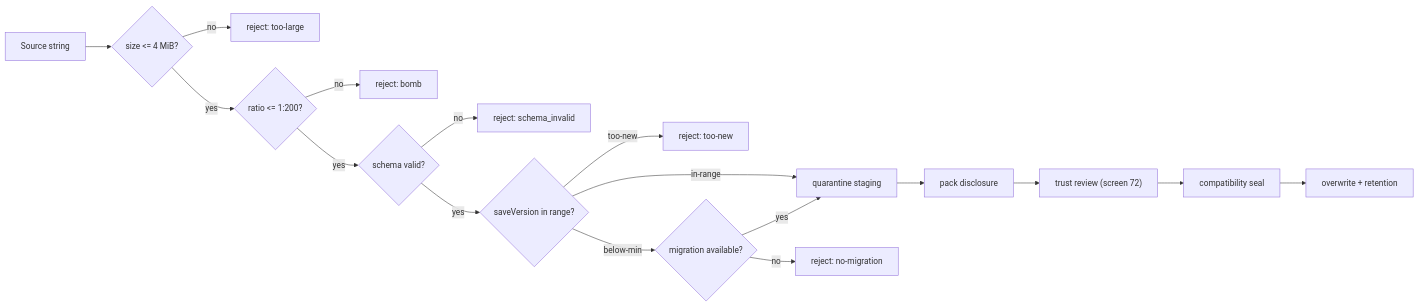
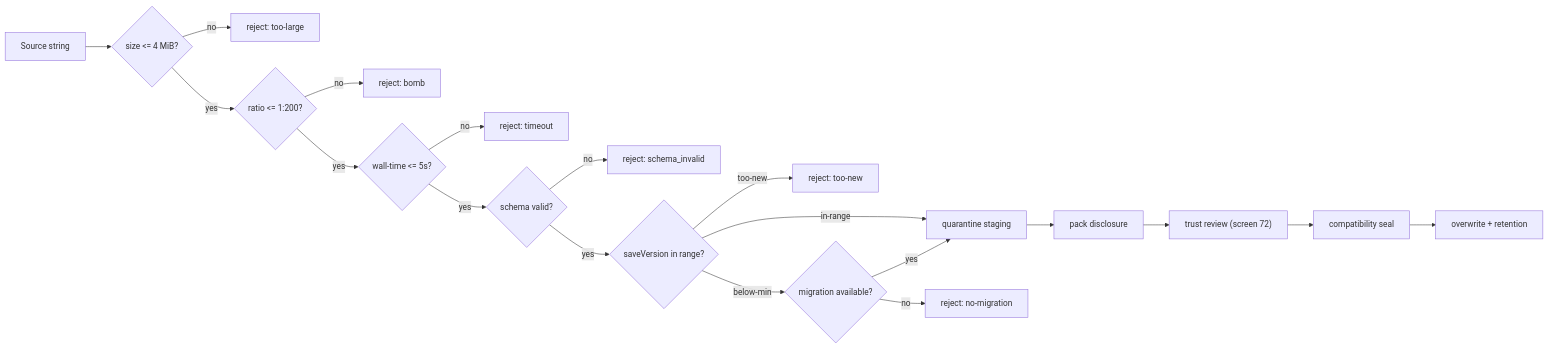
One commit to SunaNoOshiro/Heroes_Reforged_AI_Realms changed the second of 3 diagrams in docs/architecture/wiki/screens/70-save-import/architecture.md. Above: the diagram before and after it, drawn with Mermaid. The commit also changed other lines of this file and 518 other files, not shown here.

First line of the commit message:
Add doc-audit skill and sweep architecture/screen docs

````diff
--- a/docs/architecture/wiki/screens/70-save-import/architecture.md
+++ b/docs/architecture/wiki/screens/70-save-import/architecture.md
@@ -36,19 +43,21 @@
 ```mermaid
 flowchart LR
   A["Source string"] --> B{"size <= 4 MiB?"}
   B -- no --> Rl["reject: too-large"]
   B -- yes --> R{"ratio <= 1:200?"}
   R -- no --> Rb["reject: bomb"]
-  R -- yes --> S{"schema valid?"}
+  R -- yes --> W{"wall-time <= 5s?"}
+  W -- no --> Rt["reject: timeout"]
+  W -- yes --> S{"schema valid?"}
   S -- no --> Sb["reject: schema_invalid"]
   S -- yes --> V{"saveVersion in range?"}
   V -- too-new --> Vn["reject: too-new"]
   V -- below-min --> M{"migration available?"}
   V -- in-range --> Q["quarantine staging"]
   M -- no --> Mn["reject: no-migration"]
   M -- yes --> Q
   Q --> P["pack disclosure"]
   P --> T["trust review (screen 72)"]
   T --> C["compatibility seal"]
   C --> O["overwrite + retention"]
 ```
````
